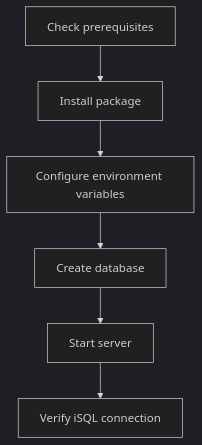
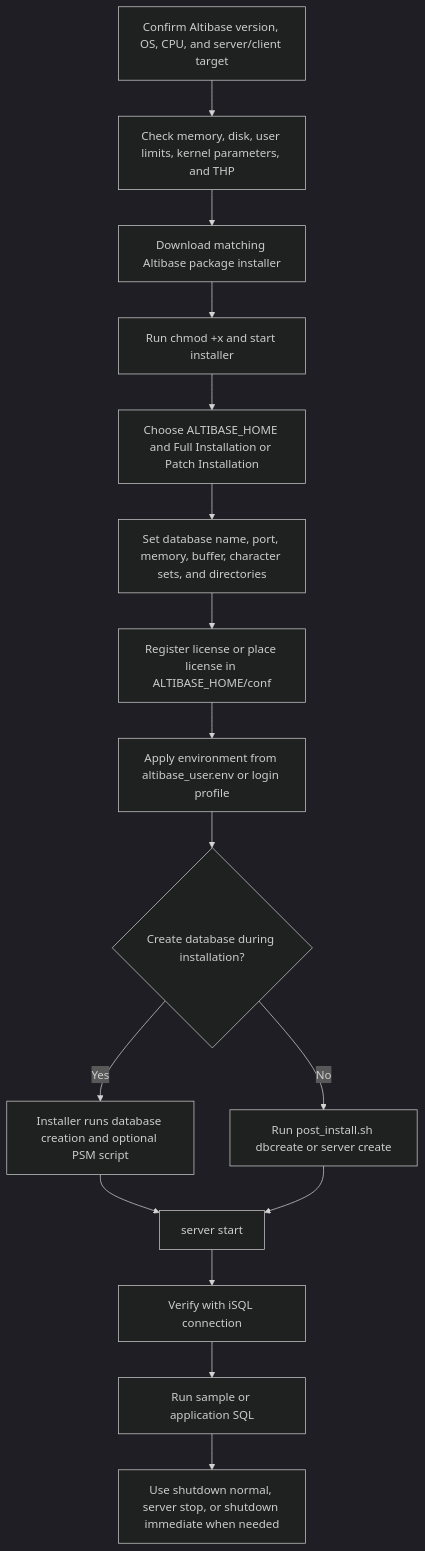
The diagram in GPTs/attachments/01_getting_started_installation.md (et16kr/AltibaseDocuments), drawn with Mermaid (dark theme) before and after one commit. The commit also changed other lines of this file and 1 other file, not shown here.

First line of the commit message:
GPTs JOB-040: Run-all checkpoint after Done

````diff
--- a/GPTs/attachments/01_getting_started_installation.md
+++ b/GPTs/attachments/01_getting_started_installation.md
@@ -29,8 +32,18 @@
 ```mermaid
 flowchart TD
-  A[Check prerequisites] --> B[Install package]
-  B --> C[Configure environment variables]
-  C --> D[Create database]
-  D --> E[Start server]
-  E --> F[Verify iSQL connection]
+  A[Confirm Altibase version, OS, CPU, and server/client target] --> B[Check memory, disk, user limits, kernel parameters, and THP]
+  B --> C[Download matching Altibase package installer]
+  C --> D[Run chmod +x and start installer]
+  D --> E[Choose ALTIBASE_HOME and Full Installation or Patch Installation]
+  E --> F[Set database name, port, memory, buffer, character sets, and directories]
+  F --> G[Register license or place license in ALTIBASE_HOME/conf]
+  G --> H[Apply environment from altibase_user.env or login profile]
+  H --> I{Create database during installation?}
+  I -- Yes --> J[Installer runs database creation and optional PSM script]
+  I -- No --> K[Run post_install.sh dbcreate or server create]
+  J --> L[server start]
+  K --> L
+  L --> M[Verify with iSQL connection]
+  M --> N[Run sample or application SQL]
+  N --> O[Use shutdown normal, server stop, or shutdown immediate when needed]
 ```
````
